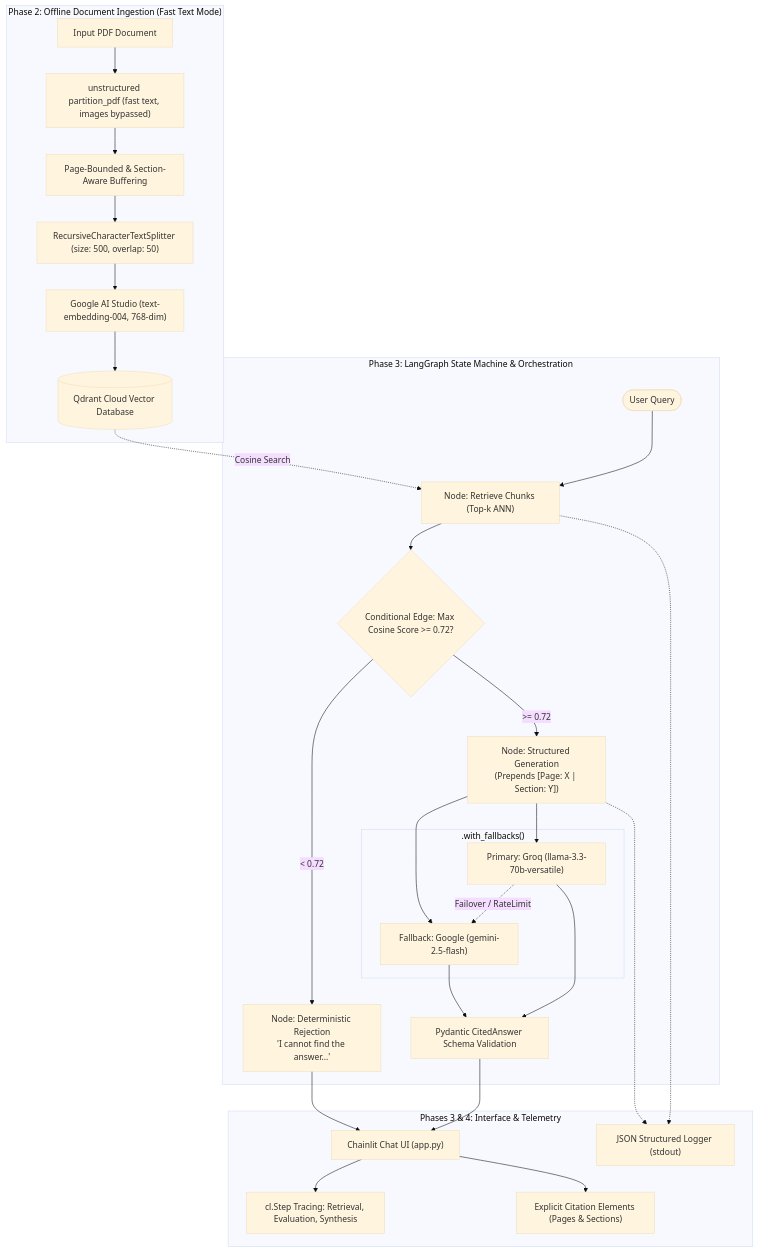
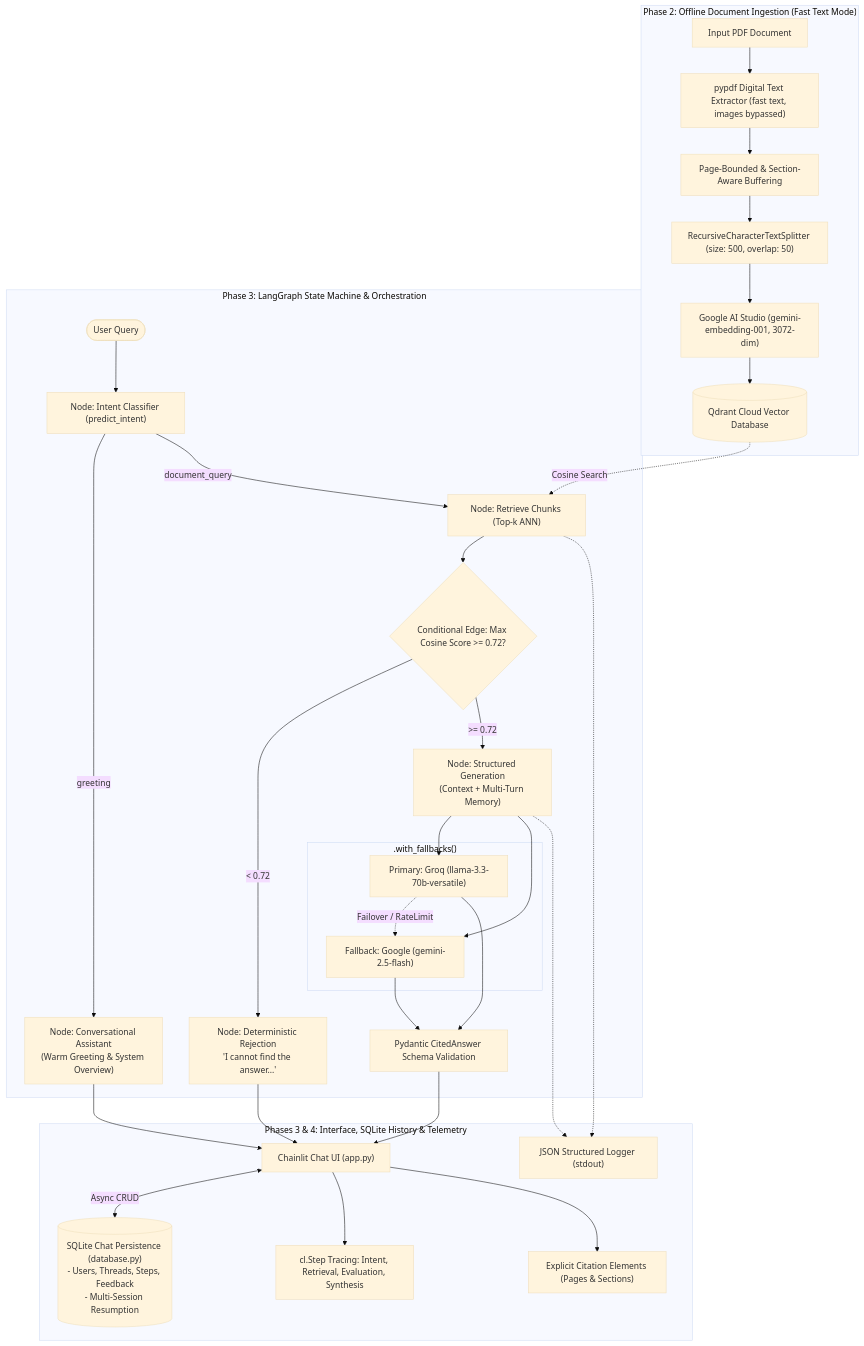
One commit to ZiadHegazy/Henkel_GenAI_Task changed the diagram in Readme.md. Above: the diagram before and after it, drawn with Mermaid (base theme). The commit also changed other lines of this file and 1 other file, not shown here.

Commit message:
docs: update Readme and presentation with sqlite persistence and intent prediction

````diff
--- a/Readme.md
+++ b/Readme.md
@@ -11,39 +11,43 @@
 ```mermaid
 flowchart TD
     subgraph Offline Ingestion ["Phase 2: Offline Document Ingestion (Fast Text Mode)"]
-        PDF["Input PDF Document"] --> Partition["unstructured partition_pdf (fast text, images bypassed)"]
+        PDF["Input PDF Document"] --> Partition["pypdf Digital Text Extractor (fast text, images bypassed)"]
         Partition --> Grouping["Page-Bounded & Section-Aware Buffering"]
         Grouping --> Splitter["RecursiveCharacterTextSplitter (size: 500, overlap: 50)"]
-        Splitter --> Embed["Google AI Studio (text-embedding-004, 768-dim)"]
+        Splitter --> Embed["Google AI Studio (gemini-embedding-001, 3072-dim)"]
         Embed --> QdrantCloud[("Qdrant Cloud Vector Database")]
     end
 
     subgraph LangGraph Runtime ["Phase 3: LangGraph State Machine & Orchestration"]
-        UserQuery(["User Query"]) --> RetrieveNode["Node: Retrieve Chunks (Top-k ANN)"]
+        UserQuery(["User Query"]) --> IntentNode["Node: Intent Classifier (predict_intent)"]
+        IntentNode -- "greeting" --> GreetingNode["Node: Conversational Assistant\n(Warm Greeting & System Overview)"]
+        IntentNode -- "document_query" --> RetrieveNode["Node: Retrieve Chunks (Top-k ANN)"]
         QdrantCloud -.->|Cosine Search| RetrieveNode
         RetrieveNode --> RoutingGate{"Conditional Edge: Max Cosine Score >= 0.72?"}
         
         RoutingGate -- "< 0.72" --> RejectionNode["Node: Deterministic Rejection\n'I cannot find the answer...'"]
-        RoutingGate -- ">= 0.72" --> GenerationNode["Node: Structured Generation\n(Prepends [Page: X | Section: Y])"]
+        RoutingGate -- ">= 0.72" --> GenerationNode["Node: Structured Generation\n(Context + Multi-Turn Memory)"]
 
         subgraph Resilient LLM Chains [".with_fallbacks()"]
             PrimaryLLM["Primary: Groq (llama-3.3-70b-versatile)"]
             FallbackLLM["Fallback: Google (gemini-2.5-flash)"]
             PrimaryLLM -.->|Failover / RateLimit| FallbackLLM
         end
 
         GenerationNode --> PrimaryLLM
         GenerationNode --> FallbackLLM
         PrimaryLLM --> PydanticValidation["Pydantic CitedAnswer Schema Validation"]
         FallbackLLM --> PydanticValidation
     end
 
-    subgraph UI & Observability ["Phases 3 & 4: Interface & Telemetry"]
-        PydanticValidation --> ChainlitUI["Chainlit Chat UI (app.py)"]
+    subgraph UI & Persistence ["Phases 3 & 4: Interface, SQLite History & Telemetry"]
+        GreetingNode --> ChainlitUI["Chainlit Chat UI (app.py)"]
+        PydanticValidation --> ChainlitUI
         RejectionNode --> ChainlitUI
-        ChainlitUI --> Steps["cl.Step Tracing: Retrieval, Evaluation, Synthesis"]
+        ChainlitUI <-->|Async CRUD| SQLiteDB[("SQLite Chat Persistence (database.py)\n- Users, Threads, Steps, Feedback\n- Multi-Session Resumption")]
+        ChainlitUI --> Steps["cl.Step Tracing: Intent, Retrieval, Evaluation, Synthesis"]
         ChainlitUI --> Citations["Explicit Citation Elements (Pages & Sections)"]
         RetrieveNode -.-> JSONLog["JSON Structured Logger (stdout)"]
         GenerationNode -.-> JSONLog
     end
 ```
````
